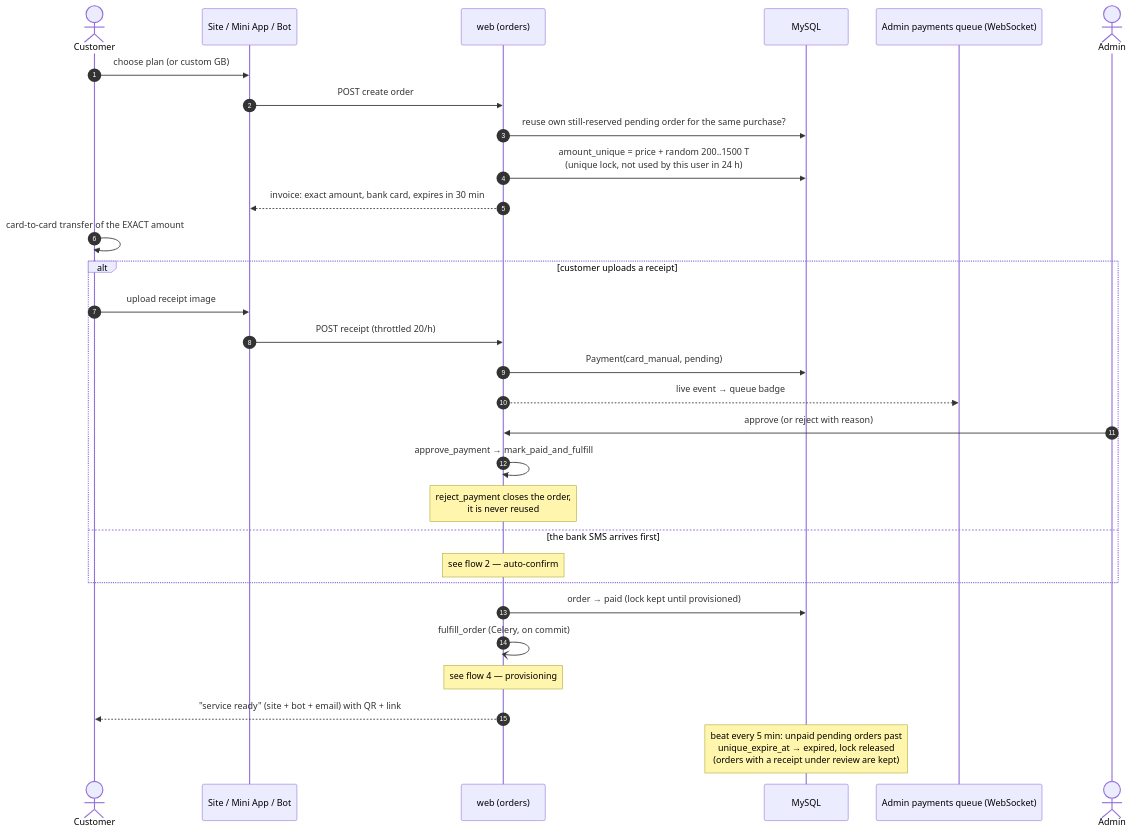
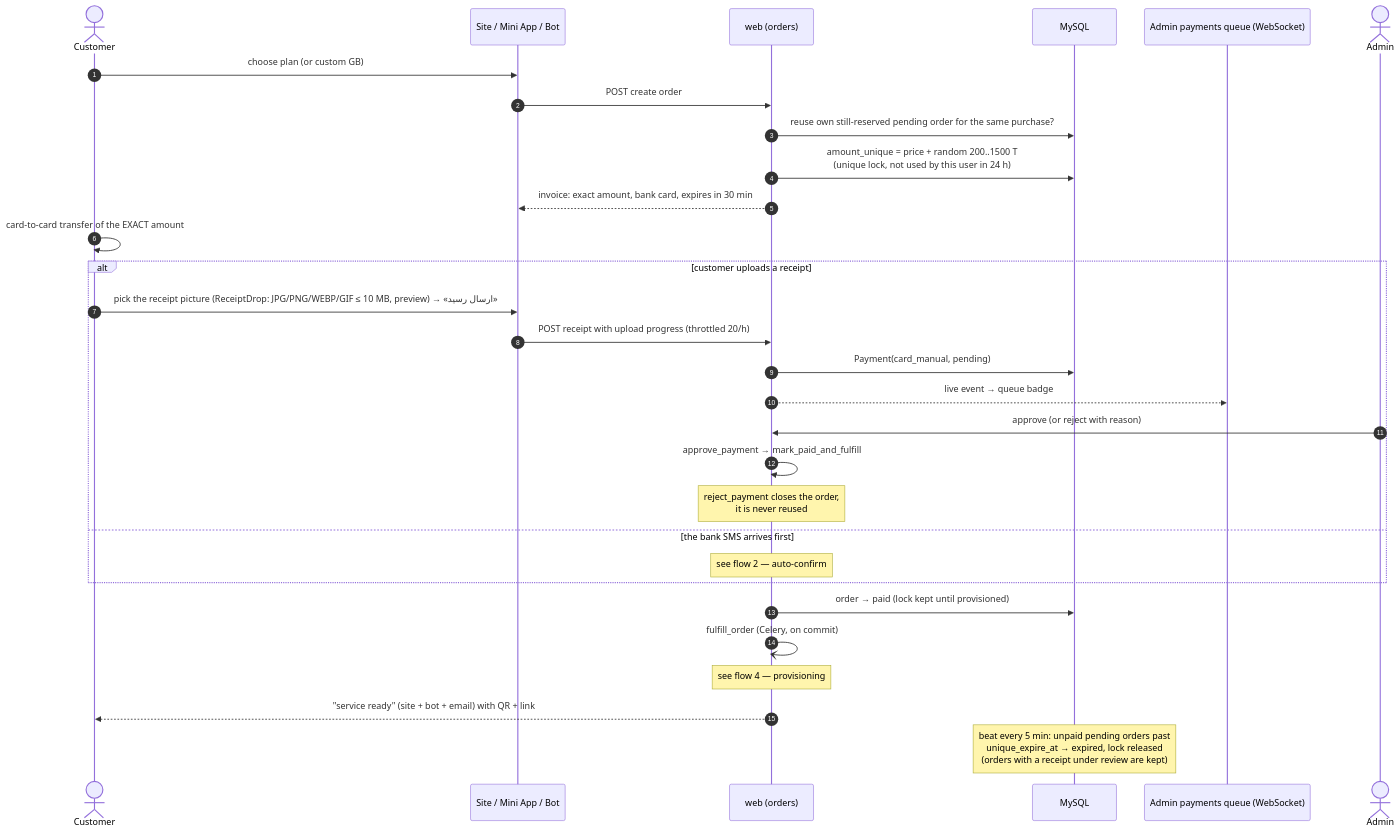
One commit to santiyagoburcart/caspintunel changed the first of 36 diagrams in docs/flows.md. Above: the diagram before and after it, drawn with Mermaid. The commit also changed 20 other files, not shown here.

````diff
--- a/docs/flows.md
+++ b/docs/flows.md
@@ -14,33 +14,33 @@
 ```mermaid
 sequenceDiagram
     autonumber
     actor C as Customer
     participant UI as Site / Mini App / Bot
     participant API as web (orders)
     participant DB as MySQL
     participant Q as Admin payments queue (WebSocket)
     actor A as Admin
 
     C->>UI: choose plan (or custom GB)
     UI->>API: POST create order
     API->>DB: reuse own still-reserved pending order for the same purchase?
     API->>DB: amount_unique = price + random 200..1500 T<br/>(unique lock, not used by this user in 24 h)
     API-->>UI: invoice: exact amount, bank card, expires in 30 min
     C->>C: card-to-card transfer of the EXACT amount
     alt customer uploads a receipt
-        C->>UI: upload receipt image
-        UI->>API: POST receipt (throttled 20/h)
+        C->>UI: pick the receipt picture (ReceiptDrop: JPG/PNG/WEBP/GIF ≤ 10 MB, preview) → «ارسال رسید»
+        UI->>API: POST receipt with upload progress (throttled 20/h)
         API->>DB: Payment(card_manual, pending)
         API-->>Q: live event → queue badge
         A->>API: approve (or reject with reason)
         API->>API: approve_payment → mark_paid_and_fulfill
         Note over API: reject_payment closes the order,<br/>it is never reused
     else the bank SMS arrives first
         Note over API: see flow 2 — auto-confirm
     end
     API->>DB: order → paid (lock kept until provisioned)
     API-)API: fulfill_order (Celery, on commit)
     Note over API: see flow 4 — provisioning
     API-->>C: "service ready" (site + bot + email) with QR + link
     Note over DB: beat every 5 min: unpaid pending orders past<br/>unique_expire_at → expired, lock released<br/>(orders with a receipt under review are kept)
 ```
````
